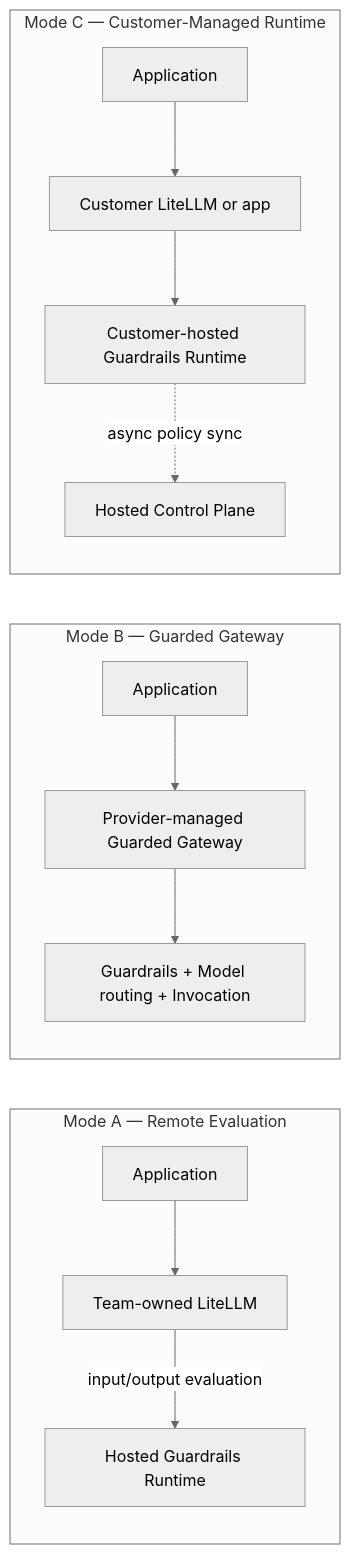
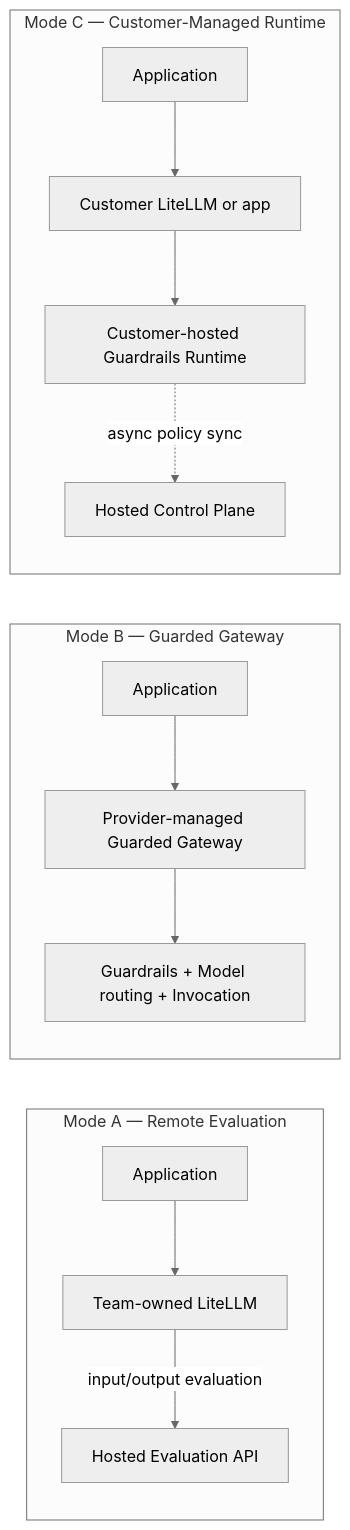
The diagram in solution-docs/10-charter/CHARTER.md (veglezMX/guardrails), drawn with Mermaid (neutral theme) before and after one commit. The commit also changed 32 other files, not shown here.

````diff
--- a/solution-docs/10-charter/CHARTER.md
+++ b/solution-docs/10-charter/CHARTER.md
@@ -205,18 +205,18 @@
 ```mermaid
 flowchart LR
     subgraph A["Mode A — Remote Evaluation"]
         A1[Application] --> A2[Team-owned LiteLLM]
-        A2 -- input/output evaluation --> A3[Hosted Guardrails Runtime]
+        A2 -- input/output evaluation --> A3[Hosted Evaluation API]
     end
 
     subgraph B["Mode B — Guarded Gateway"]
         B1[Application] --> B2[Provider-managed Guarded Gateway]
         B2 --> B3[Guardrails + Model routing + Invocation]
     end
 
     subgraph C["Mode C — Customer-Managed Runtime"]
         C1[Application] --> C2[Customer LiteLLM or app]
         C2 --> C3[Customer-hosted Guardrails Runtime]
         C3 -.async policy sync.-> C4[Hosted Control Plane]
     end
 ```
````
